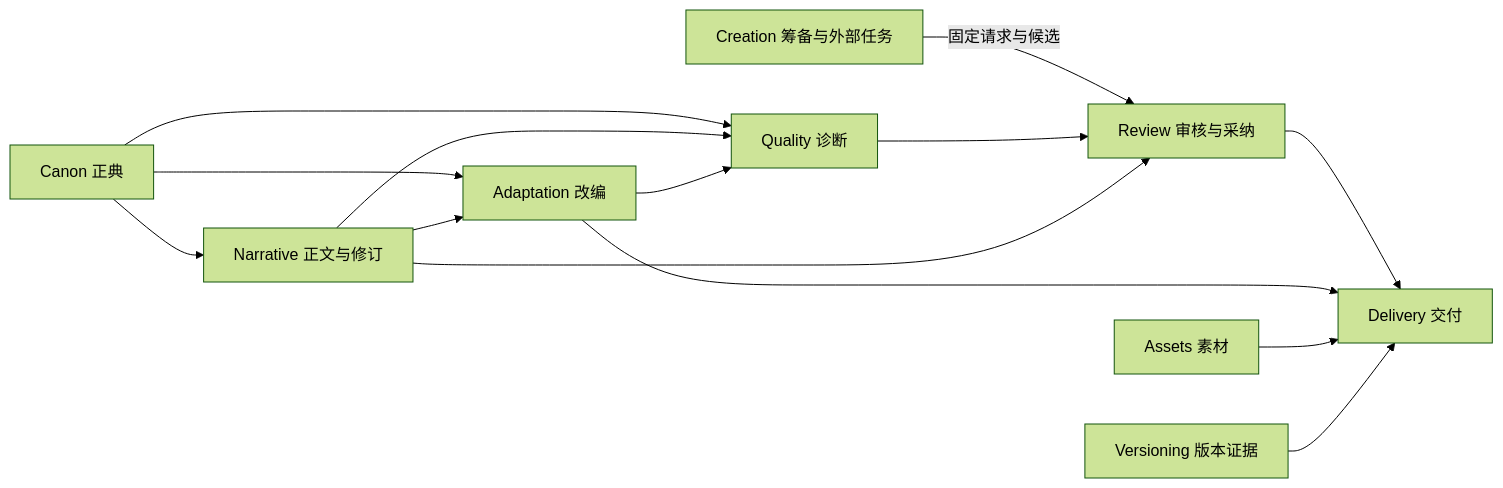
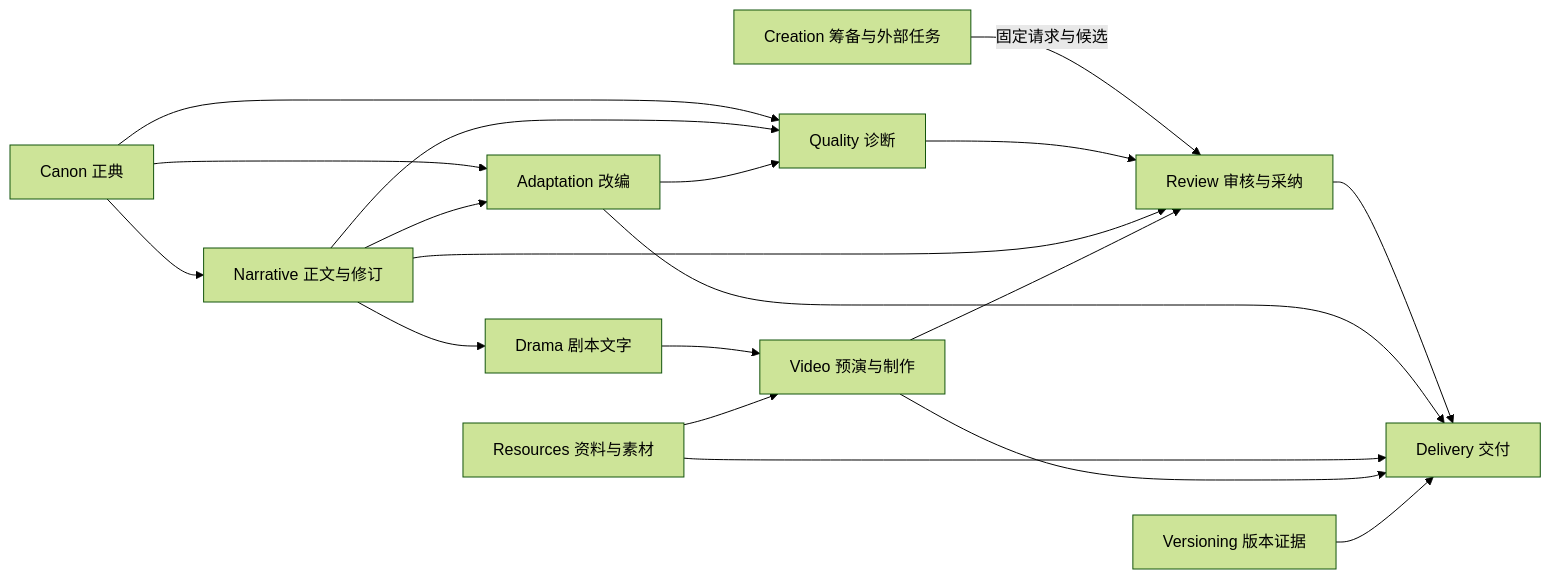
Before and after one commit to limecloud/hetu: the diagram in docs/28-领域设计与边界上下文.md, drawn with Mermaid (forest theme). The commit also changed other lines of this file and 798 other files, not shown here.

````diff
--- a/docs/28-领域设计与边界上下文.md
+++ b/docs/28-领域设计与边界上下文.md
@@ -53,16 +58,21 @@
 ```mermaid
 flowchart LR
     creation["Creation 筹备与外部任务"] -->|"固定请求与候选"| review["Review 审核与采纳"]
     canon["Canon 正典"] --> narrative["Narrative 正文与修订"]
     canon --> adaptation["Adaptation 改编"]
     narrative --> adaptation
     canon --> quality["Quality 诊断"]
     narrative --> quality
     adaptation --> quality
     quality --> review
     narrative --> review
     review --> delivery["Delivery 交付"]
     adaptation --> delivery
-    assets["Assets 素材"] --> delivery
+    assets["Resources 资料与素材"] --> delivery
+    narrative --> drama["Drama 剧本文字"]
+    drama --> video["Video 预演与制作"]
+    assets --> video
+    video --> review
+    video --> delivery
     versioning["Versioning 版本证据"] --> delivery
 ```
````
